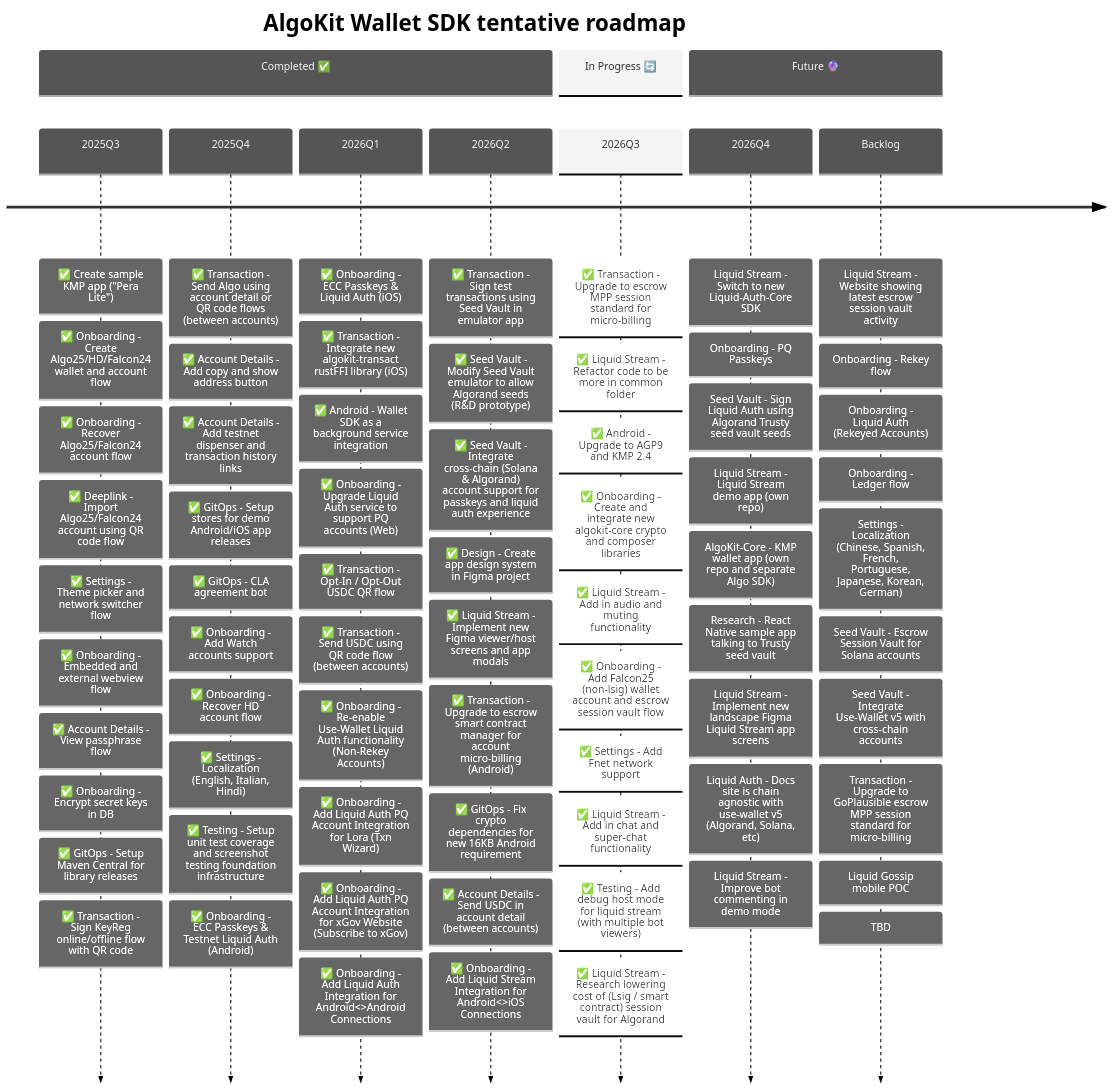
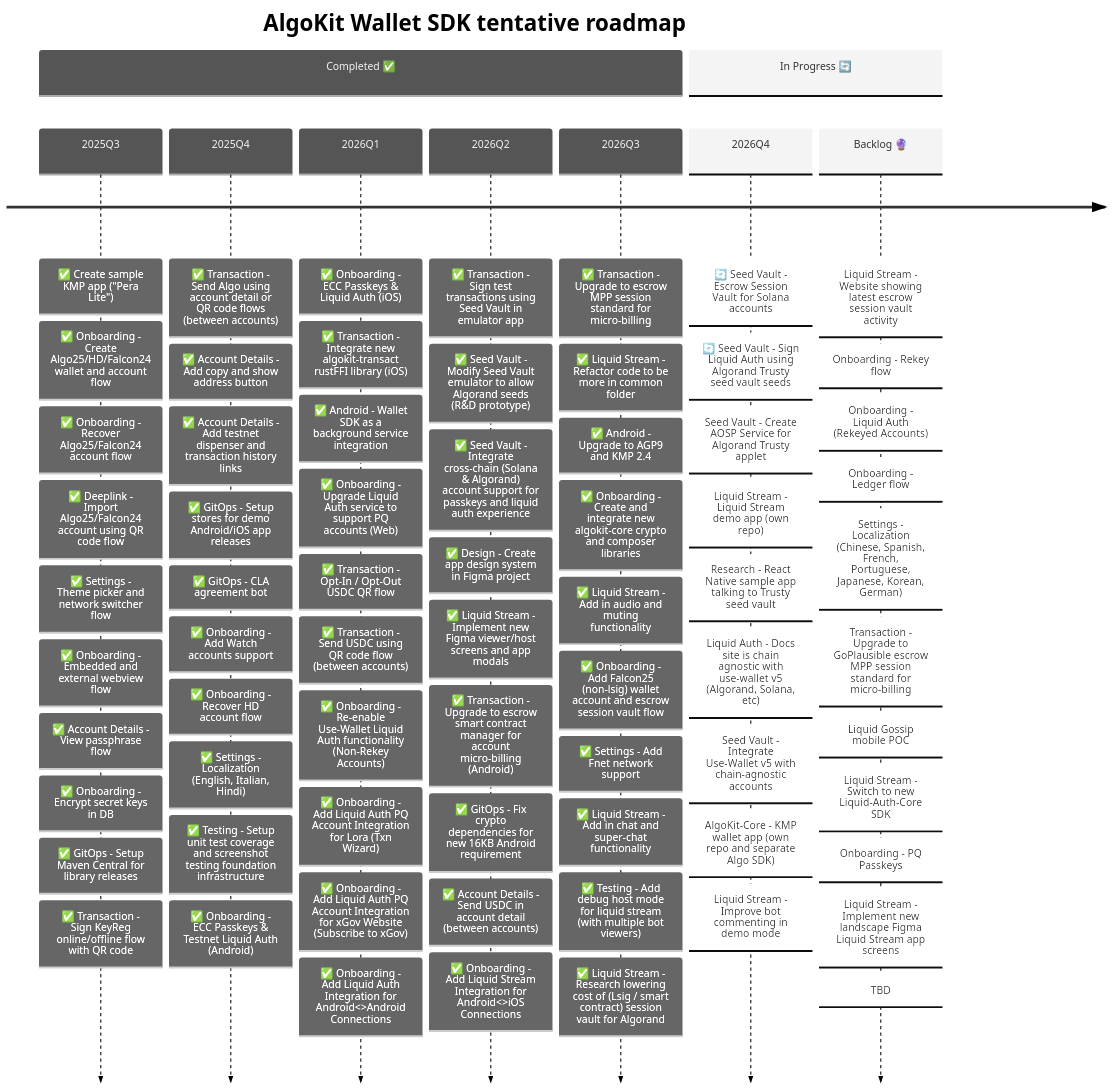
One commit to michaeltchuangllc/algokit-walletsdk-kmp changed the second of 3 diagrams in README.md. Above: the diagram before and after it, drawn with Mermaid. The commit also changed other lines of this file, not shown here.

Commit message:
docs: update roadmap

````diff
--- a/README.md
+++ b/README.md
@@ -118,40 +118,40 @@
             : ✅ Account Details - Send USDC in account detail (between accounts)
             : ✅ Onboarding - Add Liquid Stream Integration for Android<>iOS Connections
             
+    2026Q3  : ✅ Transaction - Upgrade to escrow MPP session standard for micro-billing
+            : ✅ Liquid Stream - Refactor code to be more in common folder
+            : ✅ Android - Upgrade to AGP9 and KMP 2.4
+            : ✅ Onboarding - Create and integrate new algokit-core crypto and composer libraries
+            : ✅ Liquid Stream - Add in audio and muting functionality
+            : ✅ Onboarding - Add Falcon25 (non-lsig) wallet account and escrow session vault flow
+            : ✅ Settings - Add Fnet network support
+            : ✅ Liquid Stream - Add in chat and super-chat functionality
+            : ✅ Testing - Add debug host mode for liquid stream (with multiple bot viewers)
+            : ✅ Liquid Stream - Research lowering cost of (Lsig / smart contract) session vault for Algorand          
+             
     section In Progress 🔄
-    2026Q3   : ✅ Transaction - Upgrade to escrow MPP session standard for micro-billing
-             : ✅ Liquid Stream - Refactor code to be more in common folder
-             : ✅ Android - Upgrade to AGP9 and KMP 2.4
-             : ✅ Onboarding - Create and integrate new algokit-core crypto and composer libraries
-             : ✅ Liquid Stream - Add in audio and muting functionality
-             : ✅ Onboarding - Add Falcon25 (non-lsig) wallet account and escrow session vault flow
-             : ✅ Settings - Add Fnet network support
-             : ✅ Liquid Stream - Add in chat and super-chat functionality
-             : ✅ Testing - Add debug host mode for liquid stream (with multiple bot viewers)
-             : ✅ Liquid Stream - Research lowering cost of (Lsig / smart contract) session vault for Algorand          
-             
-    section Future 🔮
     2026Q4   
-             : Liquid Stream - Switch to new Liquid-Auth-Core SDK
-             : Onboarding - PQ Passkeys
-             : Seed Vault - Sign Liquid Auth using Algorand Trusty seed vault seeds
+             : 🔄 Seed Vault - Escrow Session Vault for Solana accounts
+             : 🔄 Seed Vault - Sign Liquid Auth using Algorand Trusty seed vault seeds
+             : Seed Vault - Create AOSP Service for Algorand Trusty applet
              : Liquid Stream - Liquid Stream demo app (own repo)
+             : Research - React Native sample app talking to Trusty seed vault
+             : Liquid Auth - Docs site is chain agnostic with use-wallet v5 (Algorand, Solana, etc)
+             : Seed Vault - Integrate Use-Wallet v5 with chain-agnostic accounts
              : AlgoKit-Core - KMP wallet app (own repo and separate Algo SDK)
-             : Research - React Native sample app talking to Trusty seed vault
-             : Liquid Stream - Implement new landscape Figma Liquid Stream app screens
-             : Liquid Auth - Docs site is chain agnostic with use-wallet v5 (Algorand, Solana, etc)
              : Liquid Stream - Improve bot commenting in demo mode
 
-    Backlog
+    Backlog 🔮
             : Liquid Stream - Website showing latest escrow session vault activity
             : Onboarding - Rekey flow
             : Onboarding - Liquid Auth (Rekeyed Accounts)
             : Onboarding - Ledger flow
             : Settings - Localization (Chinese, Spanish, French, Portuguese, Japanese, Korean, German)
-            : Seed Vault - Escrow Session Vault for Solana accounts
-            : Seed Vault - Integrate Use-Wallet v5 with cross-chain accounts
             : Transaction - Upgrade to GoPlausible escrow MPP session standard for micro-billing
             : Liquid Gossip mobile POC
+            : Liquid Stream - Switch to new Liquid-Auth-Core SDK
+            : Onboarding - PQ Passkeys
+            : Liquid Stream - Implement new landscape Figma Liquid Stream app screens
             : TBD
 
 ```
````
